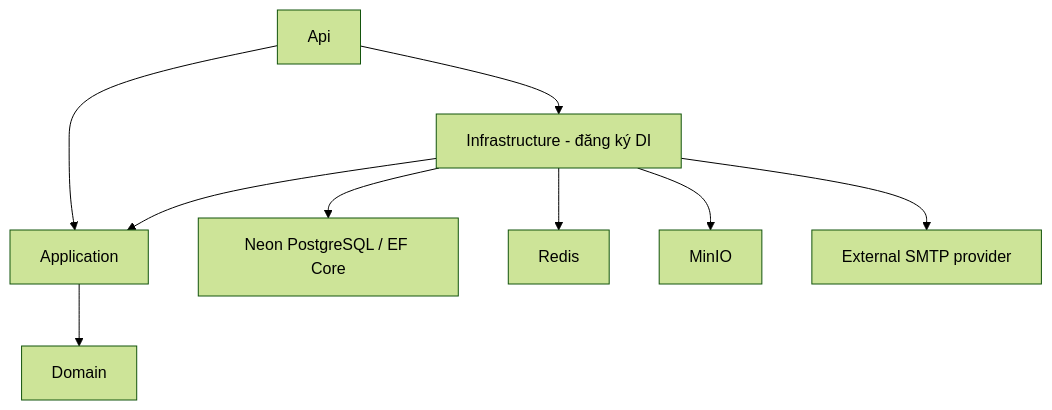
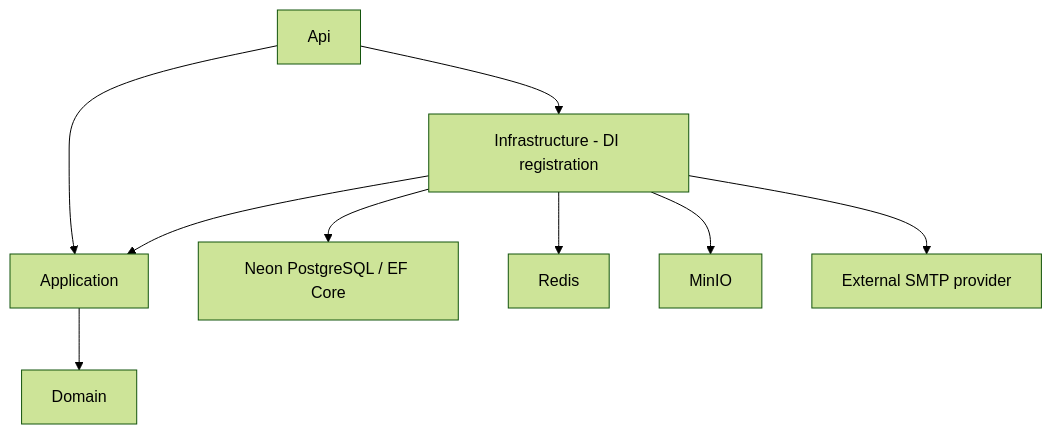
One commit to karasuma-2401/TOEICMaster-BE changed the first of 2 diagrams in docs/foundations/architecture.md. Above: the diagram before and after it, drawn with Mermaid (forest theme). The commit also changed other lines of this file and 168 other files, not shown here.

````diff
--- a/docs/foundations/architecture.md
+++ b/docs/foundations/architecture.md
@@ -7,11 +7,11 @@
 ```mermaid
 flowchart TD
     API[Api] --> APP[Application]
-    API --> INF[Infrastructure - đăng ký DI]
+    API --> INF[Infrastructure - DI registration]
     INF --> APP
     APP --> DOMAIN[Domain]
     INF --> PG[Neon PostgreSQL / EF Core]
     INF --> REDIS[Redis]
     INF --> MINIO[MinIO]
     INF --> SMTP[External SMTP provider]
 ```
````
